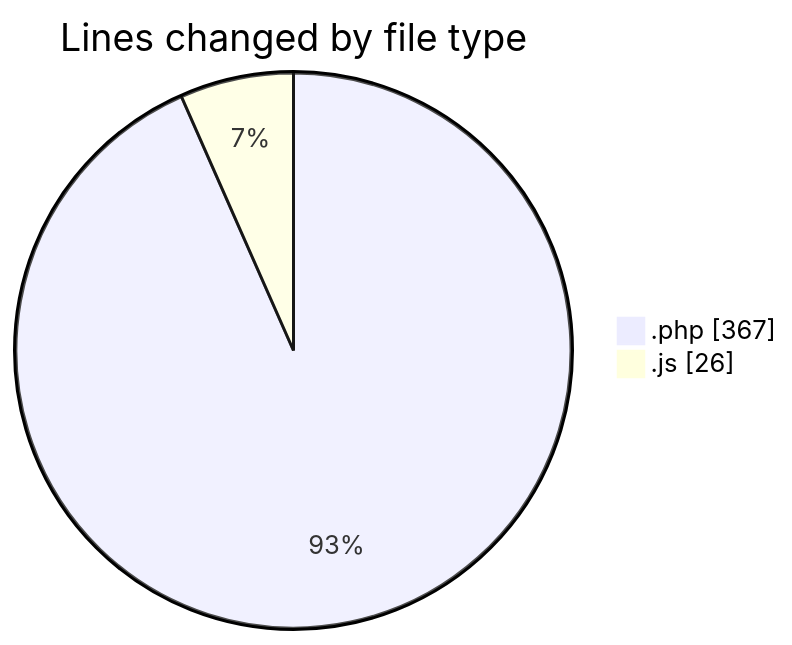
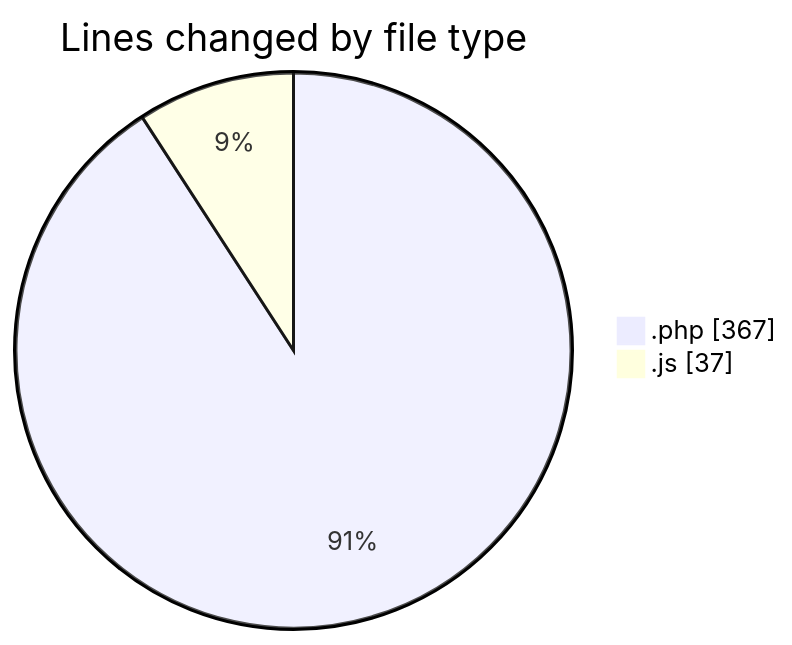
One commit to LanceThiago/code-tracking changed the first of 2 diagrams in 2025-03-26/kml/README.md. Above: the diagram before and after it, drawn with Mermaid. The commit also changed other lines of this file and 1 other file, not shown here.

````diff
--- a/2025-03-26/kml/README.md
+++ b/2025-03-26/kml/README.md
@@ -22,6 +23,6 @@
 ```mermaid
 pie showData
 title Lines changed by file type
 ".php" : 367
-".js" : 26
+".js" : 37
 ```
````
